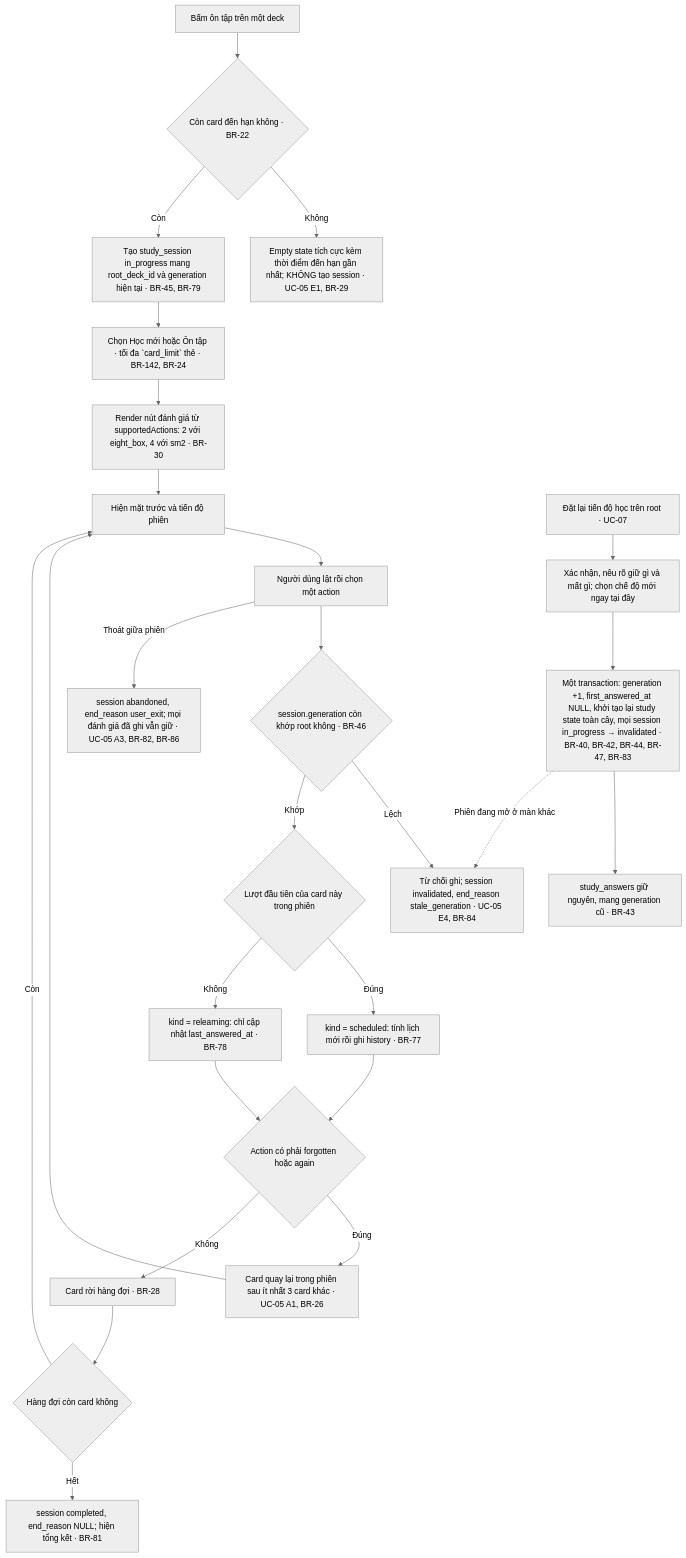
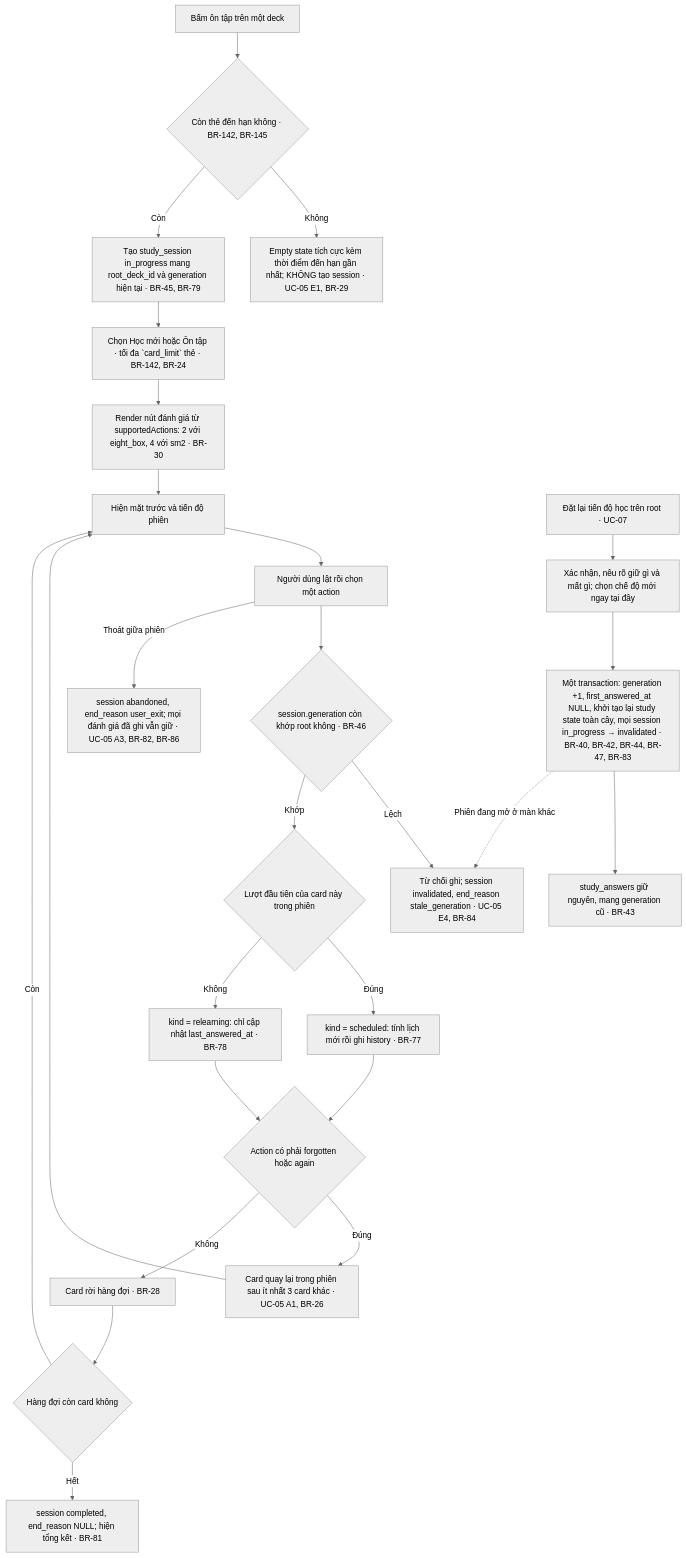
The fourth of 4 diagrams in docs/master-flow.md (ntgptit/memox-v7), drawn with Mermaid (neutral theme) before and after one commit. The commit also changed other lines of this file and 5 other files, not shown here.

````diff
--- a/docs/master-flow.md
+++ b/docs/master-flow.md
@@ -165,32 +165,32 @@
 ```mermaid
 flowchart TD
-    A["Bấm ôn tập trên một deck"] --> B{"Còn card đến hạn không · BR-22"}
+    A["Bấm ôn tập trên một deck"] --> B{"Còn thẻ đến hạn không · BR-142, BR-145"}
     B -->|"Không"| B1["Empty state tích cực kèm thời điểm đến hạn gần nhất; KHÔNG tạo session · UC-05 E1, BR-29"]
     B -->|"Còn"| C["Tạo study_session in_progress mang root_deck_id và generation hiện tại · BR-45, BR-79"]
     C --> D["Chọn Học mới hoặc Ôn tập · tối đa `card_limit` thẻ · BR-142, BR-24"]
     D --> E["Render nút đánh giá từ supportedActions: 2 với eight_box, 4 với sm2 · BR-30"]
     E --> F["Hiện mặt trước và tiến độ phiên"]
     F --> G["Người dùng lật rồi chọn một action"]
 
     G --> H{"session.generation còn khớp root không · BR-46"}
     H -->|"Lệch"| H1["Từ chối ghi; session invalidated, end_reason stale_generation · UC-05 E4, BR-84"]
     H -->|"Khớp"| I{"Lượt đầu tiên của card này trong phiên"}
     I -->|"Đúng"| J["kind = scheduled: tính lịch mới rồi ghi history · BR-77"]
     I -->|"Không"| K["kind = relearning: chỉ cập nhật last_answered_at · BR-78"]
 
     J --> L{"Action có phải forgotten hoặc again"}
     K --> L
     L -->|"Đúng"| M["Card quay lại trong phiên sau ít nhất 3 card khác · UC-05 A1, BR-26"]
     L -->|"Không"| N["Card rời hàng đợi · BR-28"]
     M --> F
     N --> O{"Hàng đợi còn card không"}
     O -->|"Còn"| F
     O -->|"Hết"| P["session completed, end_reason NULL; hiện tổng kết · BR-81"]
 
     G -->|"Thoát giữa phiên"| Q["session abandoned, end_reason user_exit; mọi đánh giá đã ghi vẫn giữ · UC-05 A3, BR-82, BR-86"]
 
     R["Đặt lại tiến độ học trên root · UC-07"] --> S["Xác nhận, nêu rõ giữ gì và mất gì; chọn chế độ mới ngay tại đây"]
     S --> T["Một transaction: generation +1, first_answered_at NULL, khởi tạo lại study state toàn cây, mọi session in_progress → invalidated · BR-40, BR-42, BR-44, BR-47, BR-83"]
     T --> U["study_answers giữ nguyên, mang generation cũ · BR-43"]
     T -.->|"Phiên đang mở ở màn khác"| H1
 ```
````
